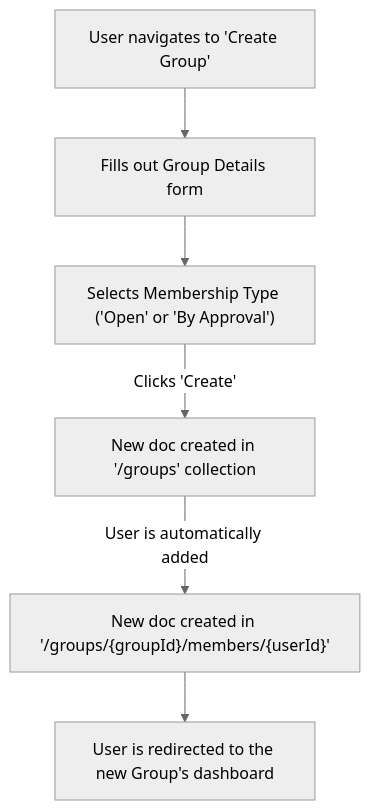
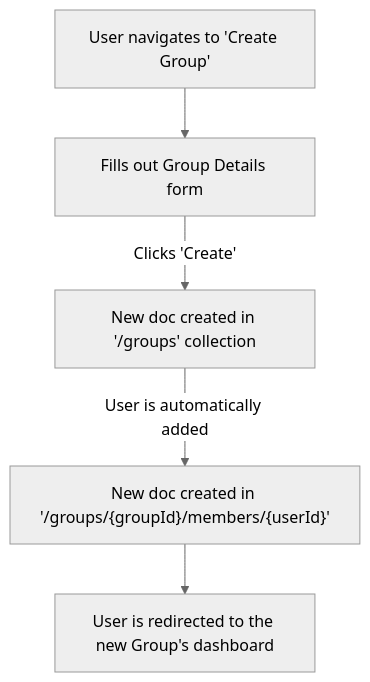
Before and after one commit to amitrke/getspot: the second of 5 diagrams in docs/USER_JOURNEYS.md, drawn with Mermaid (neutral theme). The commit also changed other lines of this file and 2 other files, not shown here.

Commit message:
Refine group membership descriptions and update user journey flows for clarity

````diff
--- a/docs/USER_JOURNEYS.md
+++ b/docs/USER_JOURNEYS.md
@@ -35,8 +35,7 @@
 ```mermaid
 graph TD
     A[User navigates to 'Create Group'] --> B[Fills out Group Details form];
-    B --> C["Selects Membership Type ('Open' or 'By Approval')"];
-    C -- Clicks 'Create' --> D[New doc created in '/groups' collection];
+    B -- Clicks 'Create' --> D[New doc created in '/groups' collection];
     D -->|User is automatically added| E["New doc created in '/groups/{groupId}/members/{userId}'"];
     E --> F[User is redirected to the new Group's dashboard];
 ```
````
